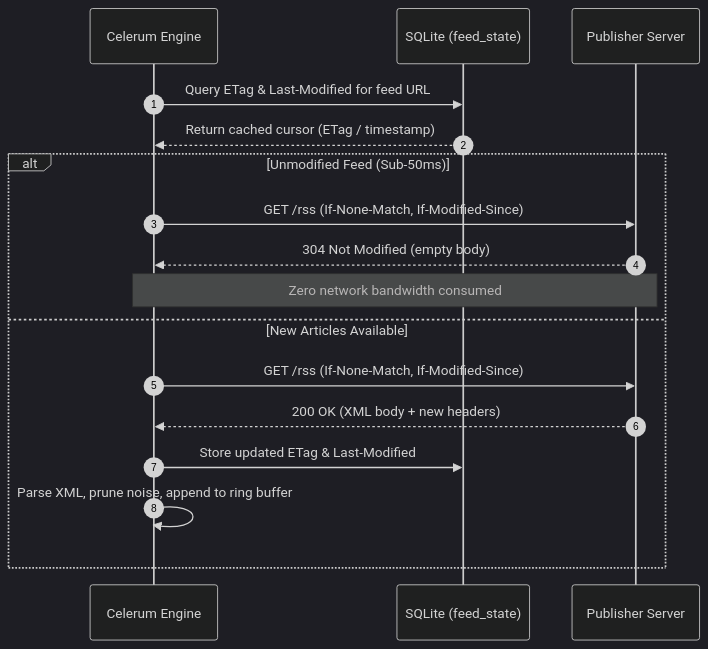
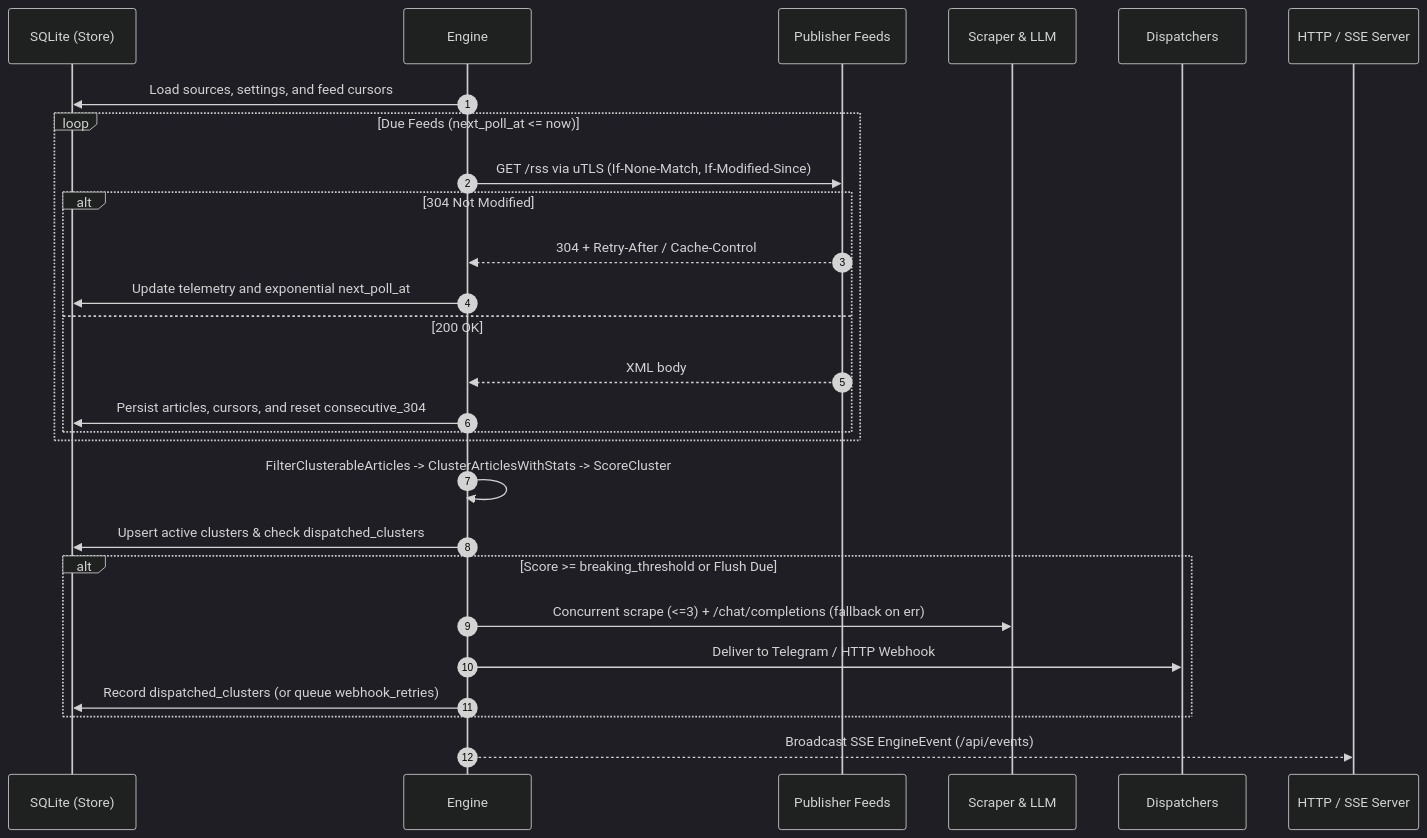
The first of 2 diagrams in docs/architecture.md (rafifmsn/celerum), drawn with Mermaid (dark theme) before and after one commit. The commit also changed other lines of this file and 73 other files, not shown here.

First line of the commit message:
feat: overhaul core pipeline, sqlite store, api server, and embedded web dashboard (#15)

````diff
--- a/docs/architecture.md
+++ b/docs/architecture.md
@@ -14,21 +3,30 @@
 ```mermaid
 sequenceDiagram
     autonumber
-    participant E as Celerum Engine
-    participant S as SQLite (feed_state)
-    participant P as Publisher Server
+    participant S as SQLite (Store)
+    participant E as Engine
+    participant P as Publisher Feeds
+    participant A as Scraper & LLM
+    participant D as Dispatchers
+    participant U as HTTP / SSE Server
 
-    E->>S: Query ETag & Last-Modified for feed URL
-    S-->>E: Return cached cursor (ETag / timestamp)
-
-    alt Unmodified Feed (Sub-50ms)
-        E->>P: GET /rss (If-None-Match, If-Modified-Since)
-        P-->>E: 304 Not Modified (empty body)
-        Note over E,P: Zero network bandwidth consumed
-    else New Articles Available
-        E->>P: GET /rss (If-None-Match, If-Modified-Since)
-        P-->>E: 200 OK (XML body + new headers)
-        E->>S: Store updated ETag & Last-Modified
-        E->>E: Parse XML, prune noise, append to ring buffer
+    E->>S: Load sources, settings, and feed cursors
+    loop Due Feeds (next_poll_at <= now)
+        E->>P: GET /rss via uTLS (If-None-Match, If-Modified-Since)
+        alt 304 Not Modified
+            P-->>E: 304 + Retry-After / Cache-Control
+            E->>S: Update telemetry and exponential next_poll_at
+        else 200 OK
+            P-->>E: XML body
+            E->>S: Persist articles, cursors, and reset consecutive_304
+        end
     end
+    E->>E: FilterClusterableArticles -> ClusterArticlesWithStats -> ScoreCluster
+    E->>S: Upsert active clusters & check dispatched_clusters
+    alt Score >= breaking_threshold or Flush Due
+        E->>A: Concurrent scrape (<=3) + /chat/completions (fallback on err)
+        E->>D: Deliver to Telegram / HTTP Webhook
+        E->>S: Record dispatched_clusters (or queue webhook_retries)
+    end
+    E-->>U: Broadcast SSE EngineEvent (/api/events)
 ```
````
